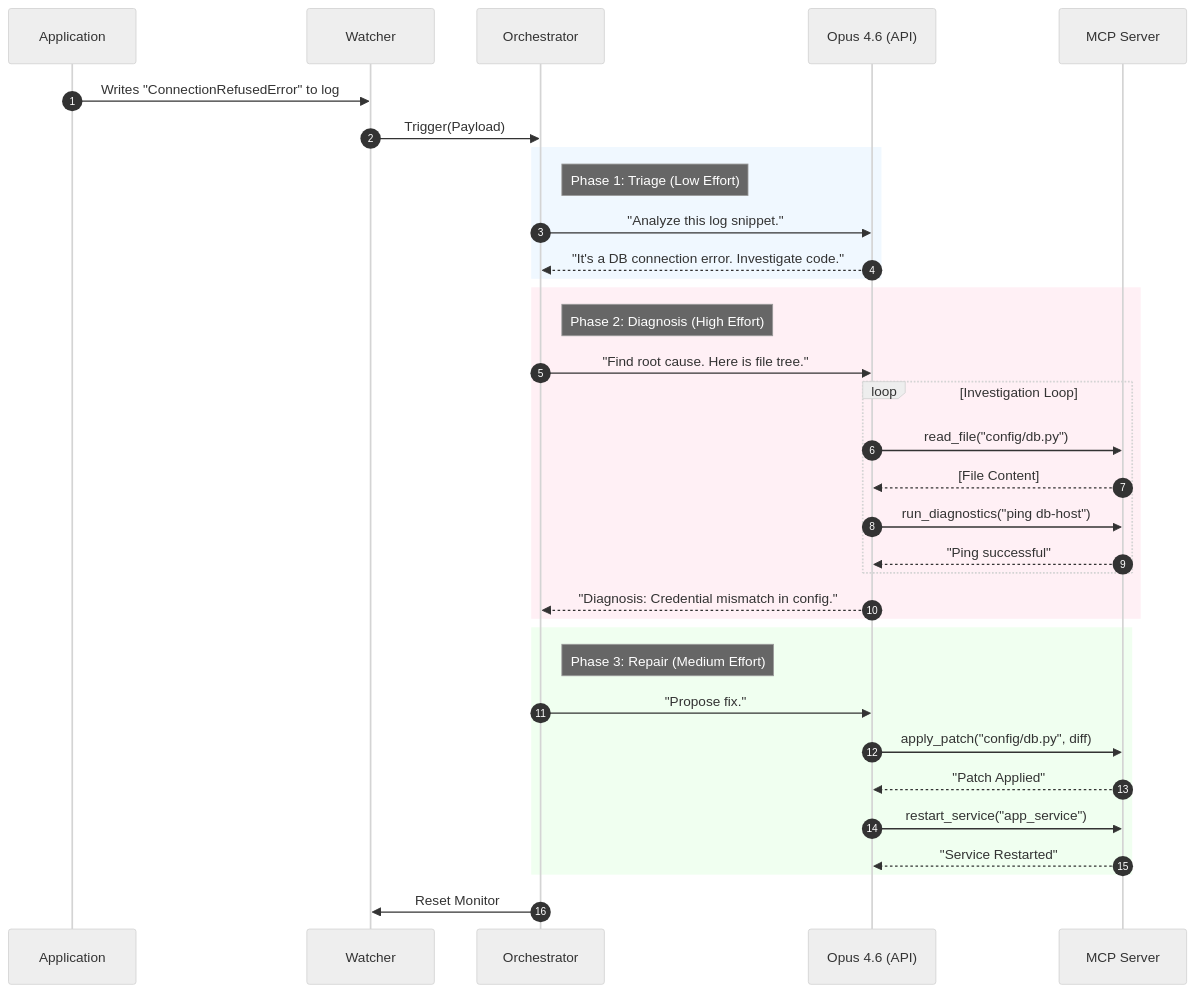
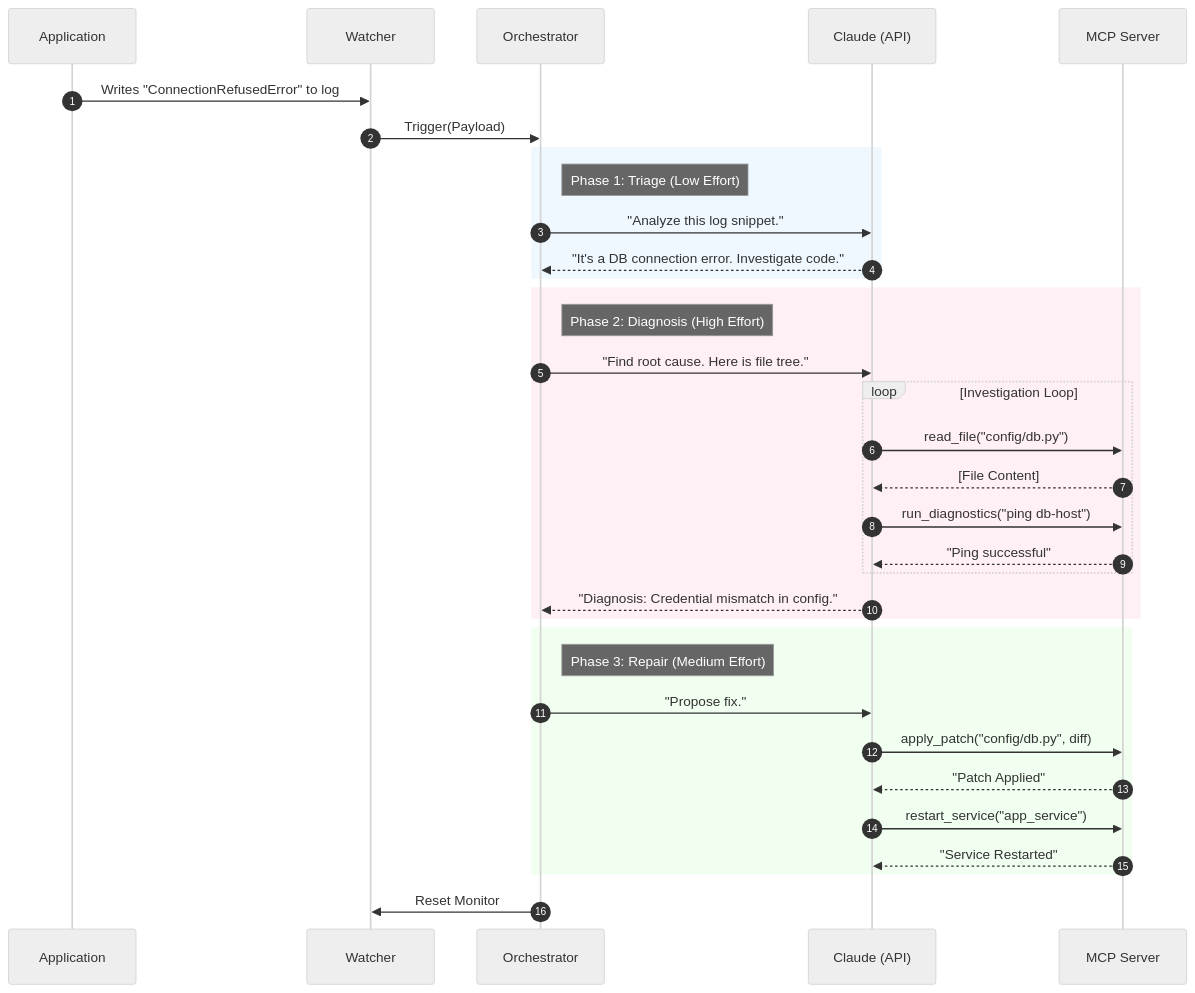
Before and after one commit to AdityaIndoori/Sentry: the fourth of 4 diagrams in HighLevelDesignDoc.md, drawn with Mermaid (neutral theme). The commit also changed other lines of this file and 28 other files, not shown here.

First line of the commit message:
Rebrand Claude Sentry  Sentry, add ConfigPanel UI and /api/config endpoint

````diff
--- a/HighLevelDesignDoc.md
+++ b/HighLevelDesignDoc.md
@@ -228,42 +228,42 @@
 ```mermaid
 sequenceDiagram
     autonumber
     participant App as Application
     participant Watch as Watcher
     participant Orch as Orchestrator
-    participant Opus as Opus 4.6 (API)
+    participant Opus as Claude (API)
     participant MCP as MCP Server
 
     App->>Watch: Writes "ConnectionRefusedError" to log
     Watch->>Orch: Trigger(Payload)
     
     rect rgb(240, 248, 255)
         note right of Orch: Phase 1: Triage (Low Effort)
         Orch->>Opus: "Analyze this log snippet."
         Opus-->>Orch: "It's a DB connection error. Investigate code."
     end
 
     rect rgb(255, 240, 245)
         note right of Orch: Phase 2: Diagnosis (High Effort)
         Orch->>Opus: "Find root cause. Here is file tree."
         loop Investigation Loop
             Opus->>MCP: read_file("config/db.py")
             MCP-->>Opus: [File Content]
             Opus->>MCP: run_diagnostics("ping db-host")
             MCP-->>Opus: "Ping successful"
         end
         Opus-->>Orch: "Diagnosis: Credential mismatch in config."
     end
 
     rect rgb(240, 255, 240)
         note right of Orch: Phase 3: Repair (Medium Effort)
         Orch->>Opus: "Propose fix."
         Opus->>MCP: apply_patch("config/db.py", diff)
         MCP-->>Opus: "Patch Applied"
         Opus->>MCP: restart_service("app_service")
         MCP-->>Opus: "Service Restarted"
     end
     
     Orch->>Watch: Reset Monitor
 
 ```
````
